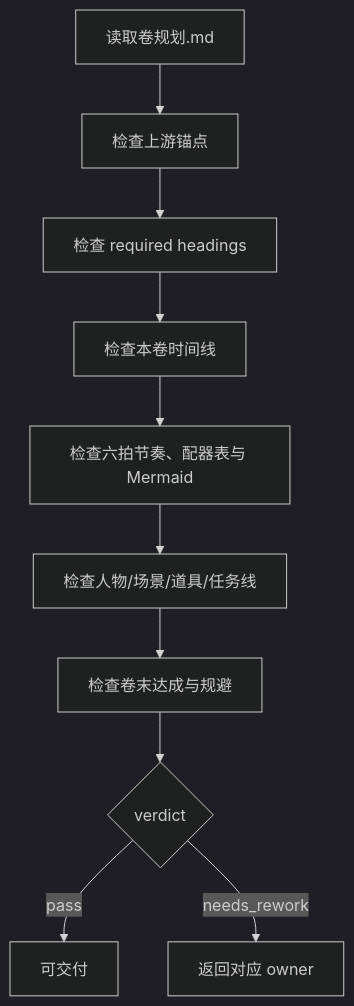
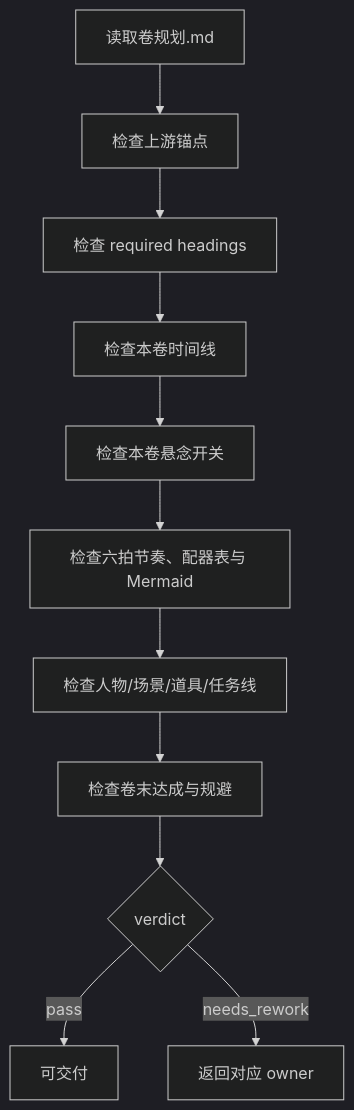
Before and after one commit to ZEN-VOID/AI-CUT: the diagram in .agents/skills/story/2-卷章/2-卷级/review/review-contract.md, drawn with Mermaid (dark theme). The commit also changed other lines of this file and 256 other files, not shown here.

````diff
--- a/.agents/skills/story/2-卷章/2-卷级/review/review-contract.md
+++ b/.agents/skills/story/2-卷章/2-卷级/review/review-contract.md
@@ -12,12 +12,13 @@
 ```mermaid
 flowchart TD
     A["读取卷规划.md"] --> B["检查上游锚点"]
     B --> C["检查 required headings"]
     C --> D["检查本卷时间线"]
-    D --> E["检查六拍节奏、配器表与 Mermaid"]
+    D --> S["检查本卷悬念开关"]
+    S --> E["检查六拍节奏、配器表与 Mermaid"]
     E --> F["检查人物/场景/道具/任务线"]
     F --> G["检查卷末达成与规避"]
     G --> H{"verdict"}
     H -->|"pass"| I["可交付"]
     H -->|"needs_rework"| J["返回对应 owner"]
 ```
````
